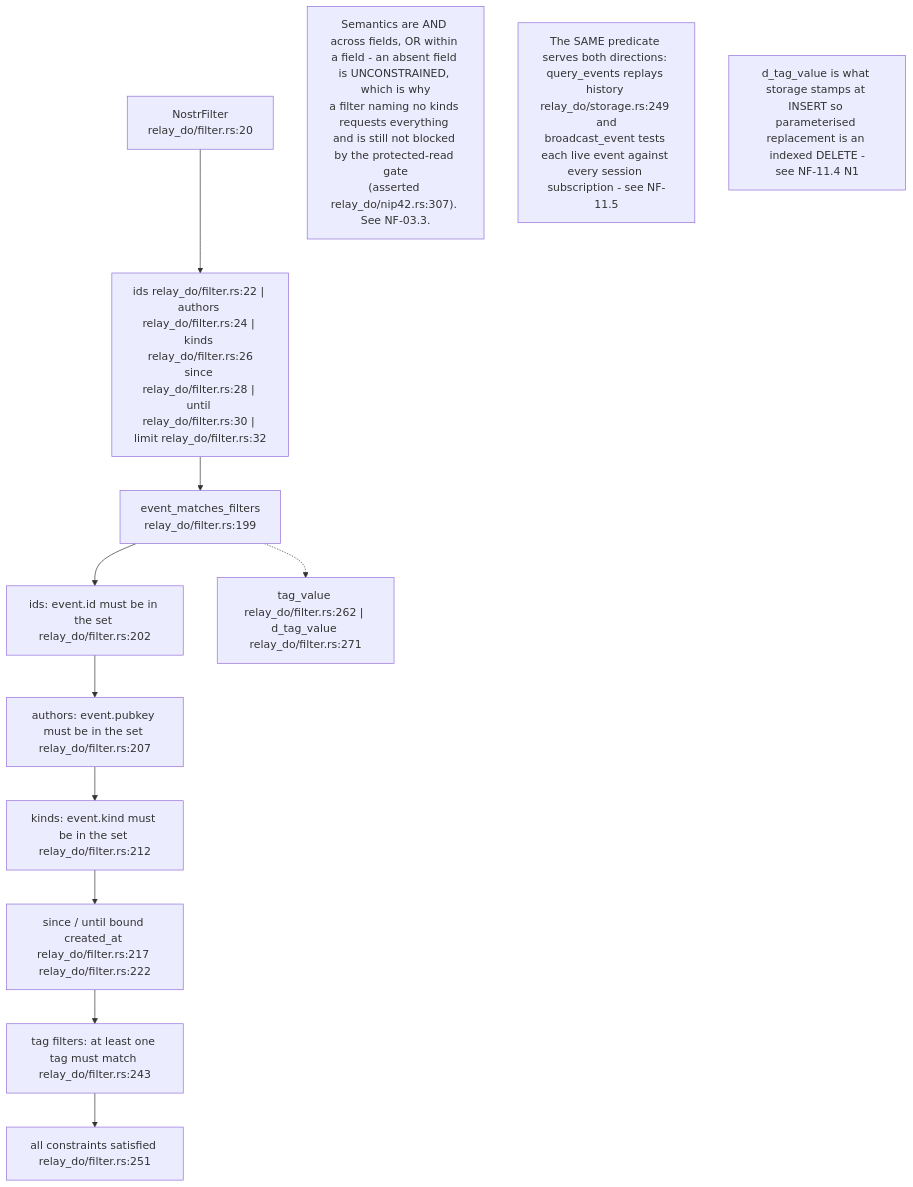
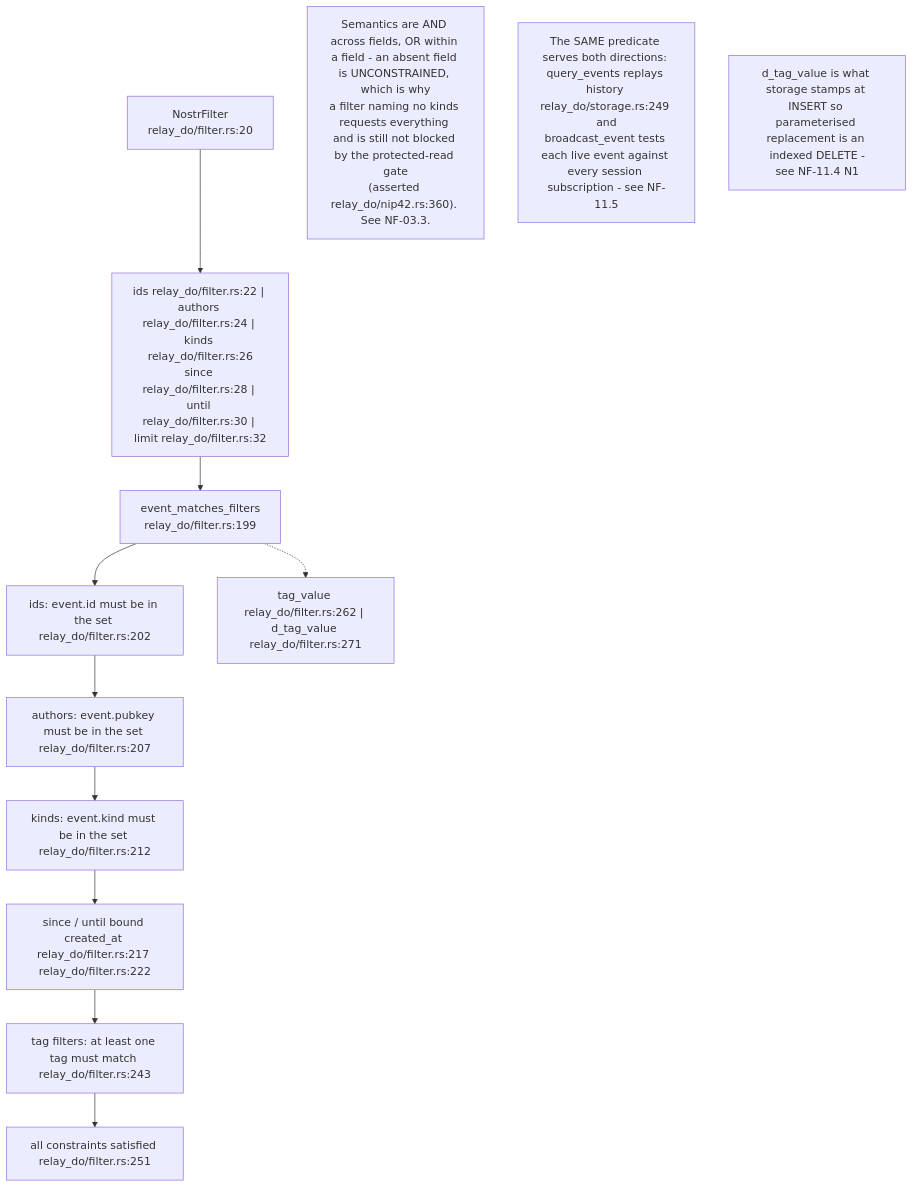
One commit to DreamLab-AI/VisionFlow changed the sixth of 15 diagrams in docs/diagrams/nostr-rust-forum/11-relay-durable-object-internals.md. Above: the diagram before and after it, drawn with Mermaid. The commit also changed other lines of this file and 11 other files, not shown here.

````diff
--- a/docs/diagrams/nostr-rust-forum/11-relay-durable-object-internals.md
+++ b/docs/diagrams/nostr-rust-forum/11-relay-durable-object-internals.md
@@ -167,21 +169,21 @@
 ```mermaid
 flowchart TB
     F["NostrFilter<br/>relay_do/filter.rs:20"]
     FLDS["ids relay_do/filter.rs:22 | authors relay_do/filter.rs:24 | kinds relay_do/filter.rs:26<br/>since relay_do/filter.rs:28 | until relay_do/filter.rs:30 | limit relay_do/filter.rs:32"]
     M["event_matches_filters<br/>relay_do/filter.rs:199"]
     C1["ids: event.id must be in the set relay_do/filter.rs:202"]
     C2["authors: event.pubkey must be in the set relay_do/filter.rs:207"]
     C3["kinds: event.kind must be in the set relay_do/filter.rs:212"]
     C4["since / until bound created_at relay_do/filter.rs:217 relay_do/filter.rs:222"]
     C5["tag filters: at least one tag must match relay_do/filter.rs:243"]
     OK["all constraints satisfied relay_do/filter.rs:251"]
     HELP["tag_value relay_do/filter.rs:262 | d_tag_value relay_do/filter.rs:271"]
 
     F --> FLDS --> M
     M --> C1 --> C2 --> C3 --> C4 --> C5 --> OK
     M -.-> HELP
 
-    N1["Semantics are AND across fields, OR within a field - an absent field is UNCONSTRAINED, which is why<br/>a filter naming no kinds requests everything and is still not blocked by the protected-read gate<br/>(asserted relay_do/nip42.rs:307). See NF-03.3."]
+    N1["Semantics are AND across fields, OR within a field - an absent field is UNCONSTRAINED, which is why<br/>a filter naming no kinds requests everything and is still not blocked by the protected-read gate<br/>(asserted relay_do/nip42.rs:360). See NF-03.3."]
     N2["The SAME predicate serves both directions: query_events replays history relay_do/storage.rs:249 and<br/>broadcast_event tests each live event against every session subscription - see NF-11.5"]
     N3["d_tag_value is what storage stamps at INSERT so parameterised replacement is an indexed DELETE -<br/>see NF-11.4 N1"]
 ```
````
